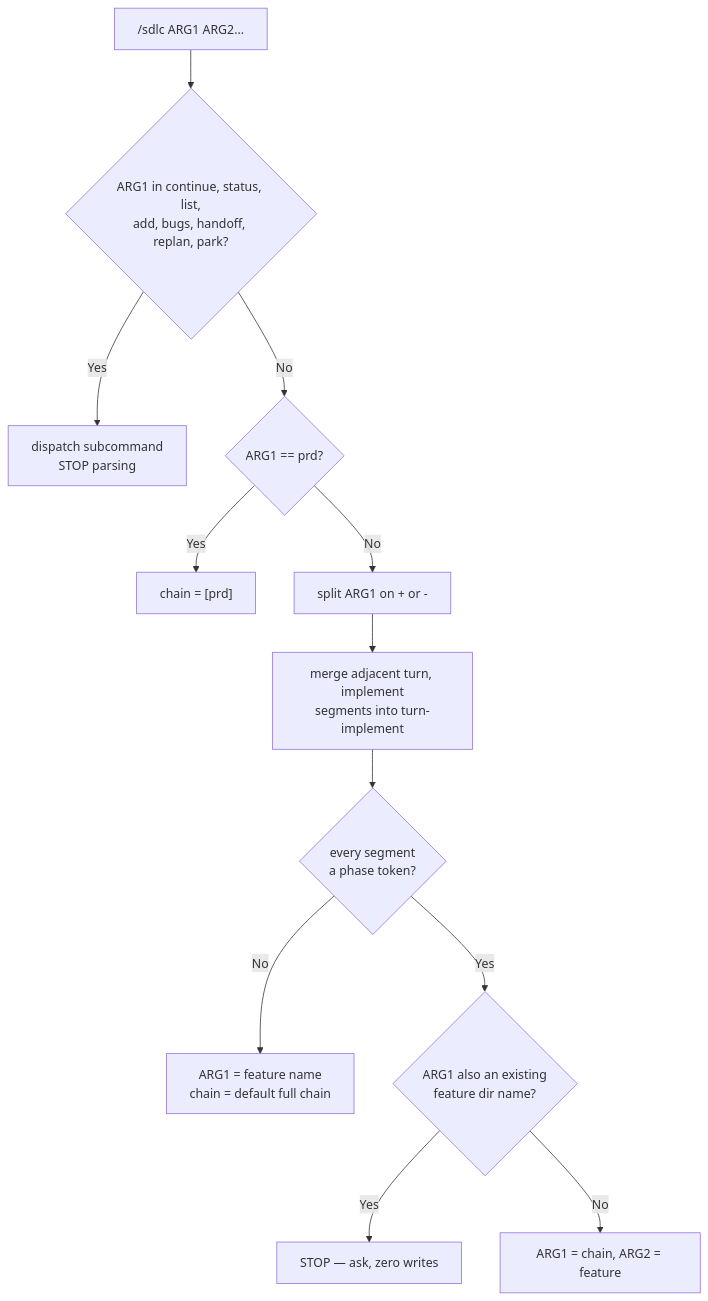
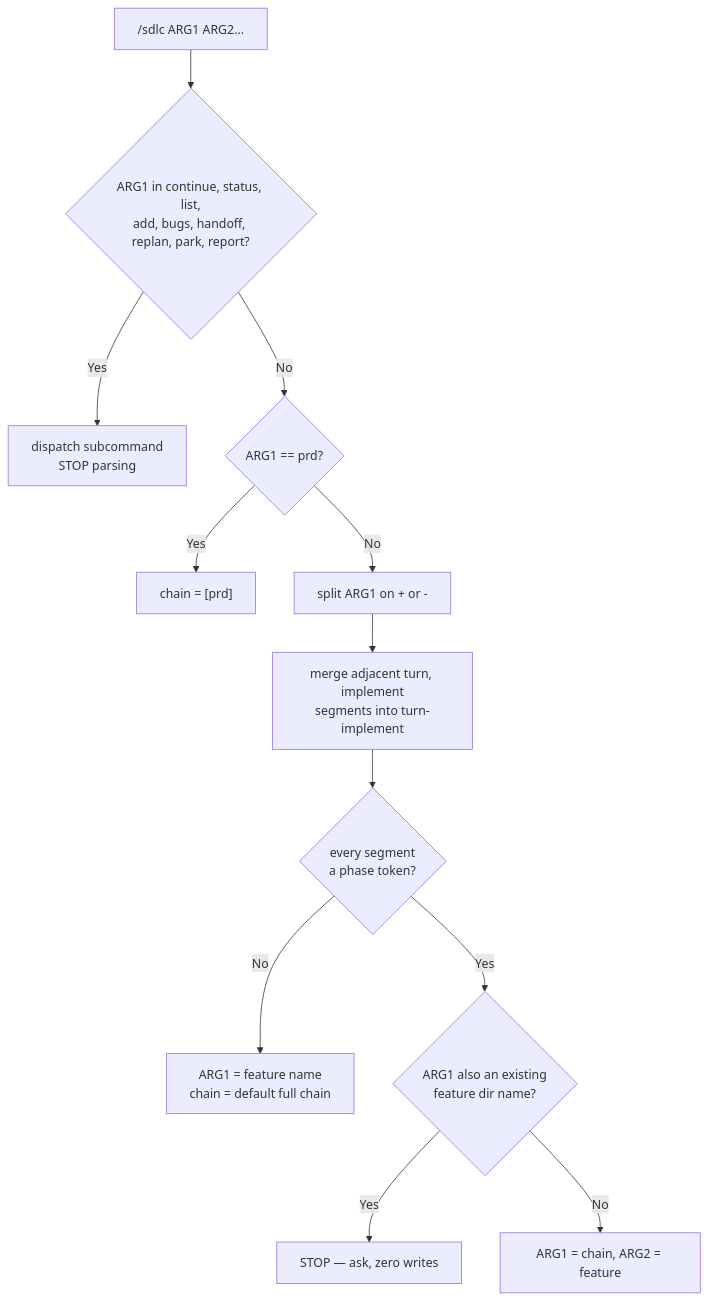
One commit to fastestdevalive/vibekit changed the first of 2 diagrams in skills/sdlc/GRAMMAR.md. Above: the diagram before and after it, drawn with Mermaid. The commit also changed other lines of this file and 4 other files, not shown here.

First line of the commit message:
feat(sdlc): add /sdlc report subcommand

````diff
--- a/skills/sdlc/GRAMMAR.md
+++ b/skills/sdlc/GRAMMAR.md
@@ -13,14 +13,14 @@
 ```mermaid
 flowchart TD
-    In["/sdlc ARG1 ARG2..."] --> Sub{"ARG1 in continue, status, list,<br/>add, bugs, handoff, replan, park?"}
+    In["/sdlc ARG1 ARG2..."] --> Sub{"ARG1 in continue, status, list,<br/>add, bugs, handoff, replan, park, report?"}
     Sub -->|Yes| Dispatch["dispatch subcommand<br/>STOP parsing"]
     Sub -->|No| Prd{"ARG1 == prd?"}
     Prd -->|Yes| Chain1["chain = [prd]"]
     Prd -->|No| Split["split ARG1 on + or -"]
     Split --> Merge["merge adjacent turn, implement<br/>segments into turn-implement"]
     Merge --> All{"every segment<br/>a phase token?"}
     All -->|No| Feat["ARG1 = feature name<br/>chain = default full chain"]
     All -->|Yes| Coll{"ARG1 also an existing<br/>feature dir name?"}
     Coll -->|Yes| Ask["STOP — ask, zero writes"]
     Coll -->|No| Run["ARG1 = chain, ARG2 = feature"]
 ```
````
